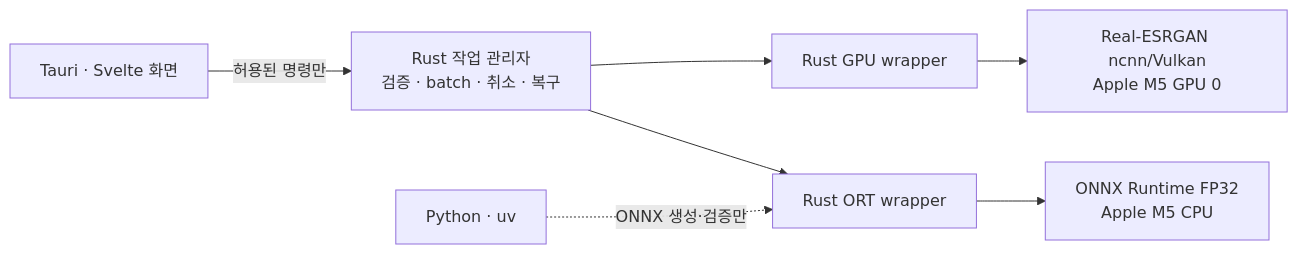
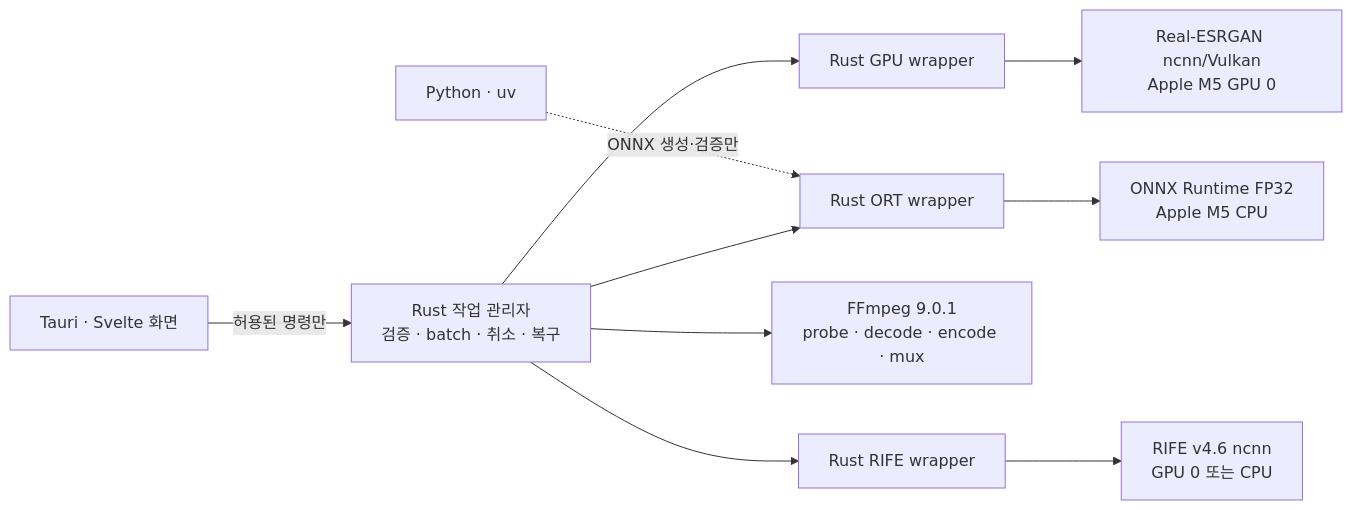
One commit to zooslab/zoos-upscale changed the third of 4 diagrams in README.md. Above: the diagram before and after it, drawn with Mermaid. The commit also changed other lines of this file and 1 other file, not shown here.

````diff
--- a/README.md
+++ b/README.md
@@ -71,9 +100,12 @@
 ```mermaid
 flowchart LR
     UI["Tauri · Svelte 화면"] -->|"허용된 명령만"| CORE["Rust 작업 관리자<br/>검증 · batch · 취소 · 복구"]
     CORE --> GPUWRAP["Rust GPU wrapper"]
     CORE --> CPUWRAP["Rust ORT wrapper"]
     GPUWRAP --> GPU["Real-ESRGAN ncnn/Vulkan<br/>Apple M5 GPU 0"]
     CPUWRAP --> CPU["ONNX Runtime FP32<br/>Apple M5 CPU"]
+    CORE --> MEDIA["FFmpeg 9.0.1<br/>probe · decode · encode · mux"]
+    CORE --> RIFEWRAP["Rust RIFE wrapper"]
+    RIFEWRAP --> RIFE["RIFE v4.6 ncnn<br/>GPU 0 또는 CPU"]
     TOOLS["Python · uv"] -. "ONNX 생성·검증만" .-> CPUWRAP
 ```
````
